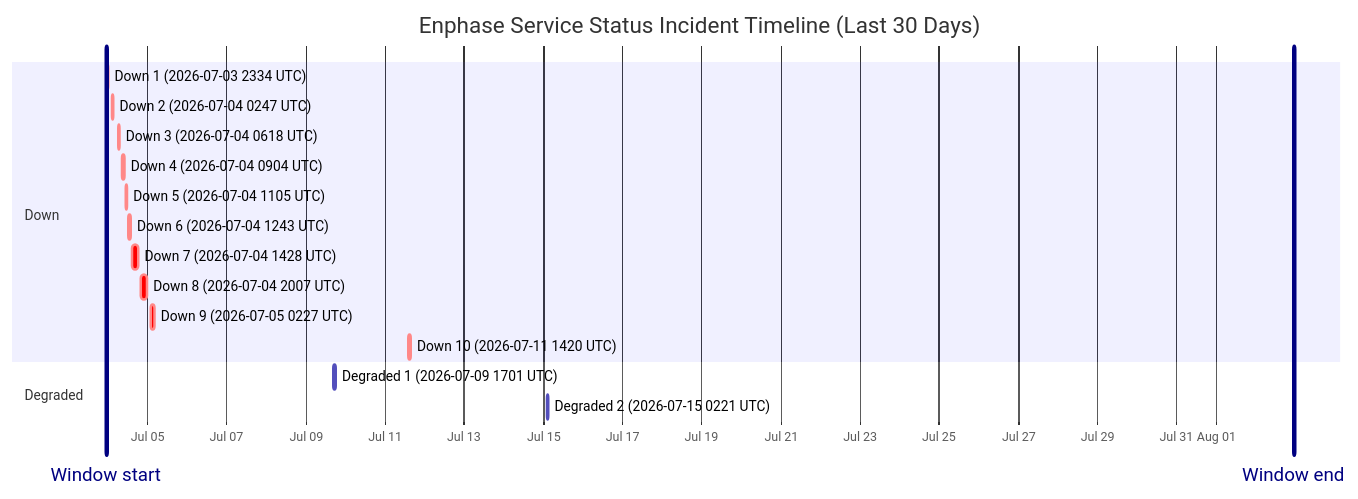
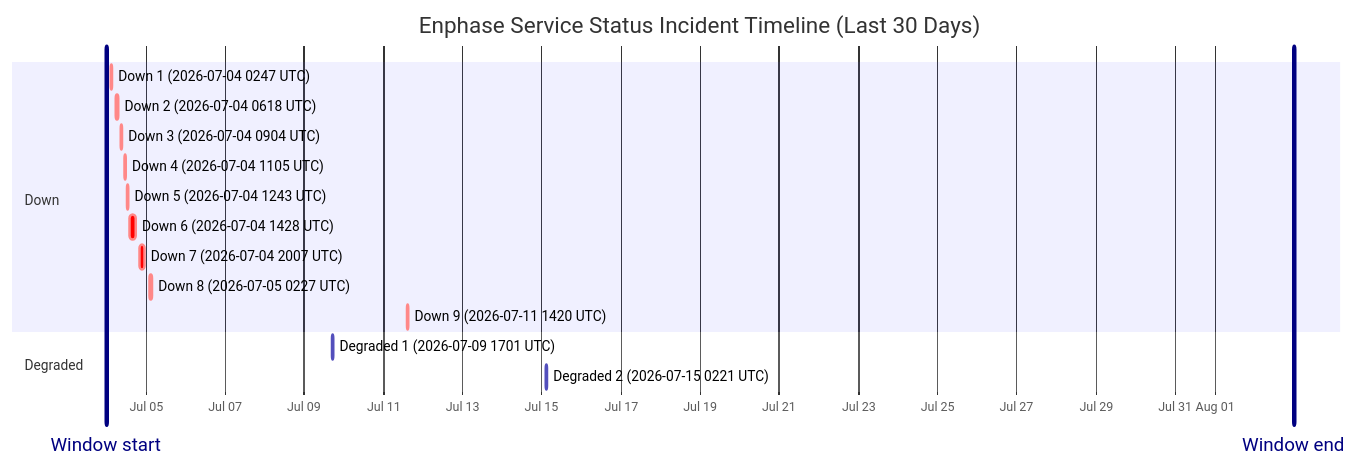
The diagram in wiki/Service-Status-History.md (barneyonline/ha-enphase-energy), drawn with Mermaid before and after one commit. The commit also changed other lines of this file and 3 other files, not shown here.

````diff
--- a/wiki/Service-Status-History.md
+++ b/wiki/Service-Status-History.md
@@ -14,22 +14,21 @@
 ```mermaid
 gantt
     title Enphase Service Status Incident Timeline (Last 30 Days)
     dateFormat  YYYY-MM-DDTHH:mm:ss
     axisFormat  %b %d
-    Window start :vert, window-start, 2026-07-03T22:54:36, 0ms
-    Window end :vert, window-end, 2026-08-02T22:54:36, 0ms
+    Window start :vert, window-start, 2026-07-03T23:57:31, 0ms
+    Window end :vert, window-end, 2026-08-02T23:57:31, 0ms
     section Down
-    Down 1 (2026-07-03 2334 UTC) :crit, down-1, 2026-07-03T23:34:07, 60m
-    Down 2 (2026-07-04 0247 UTC) :crit, down-2, 2026-07-04T02:47:22, 60m
-    Down 3 (2026-07-04 0618 UTC) :crit, down-3, 2026-07-04T06:18:09, 60m
-    Down 4 (2026-07-04 0904 UTC) :crit, down-4, 2026-07-04T09:04:41, 60m
-    Down 5 (2026-07-04 1105 UTC) :crit, down-5, 2026-07-04T11:05:21, 60m
-    Down 6 (2026-07-04 1243 UTC) :crit, down-6, 2026-07-04T12:43:25, 60m
-    Down 7 (2026-07-04 1428 UTC) :crit, down-7, 2026-07-04T14:28:07, 243m
-    Down 8 (2026-07-04 2007 UTC) :crit, down-8, 2026-07-04T20:07:50, 206m
-    Down 9 (2026-07-05 0227 UTC) :crit, down-9, 2026-07-05T02:27:32, 109m
-    Down 10 (2026-07-11 1420 UTC) :crit, down-10, 2026-07-11T14:20:54, 69m
+    Down 1 (2026-07-04 0247 UTC) :crit, down-1, 2026-07-04T02:47:22, 60m
+    Down 2 (2026-07-04 0618 UTC) :crit, down-2, 2026-07-04T06:18:09, 60m
+    Down 3 (2026-07-04 0904 UTC) :crit, down-3, 2026-07-04T09:04:41, 60m
+    Down 4 (2026-07-04 1105 UTC) :crit, down-4, 2026-07-04T11:05:21, 60m
+    Down 5 (2026-07-04 1243 UTC) :crit, down-5, 2026-07-04T12:43:25, 60m
+    Down 6 (2026-07-04 1428 UTC) :crit, down-6, 2026-07-04T14:28:07, 243m
+    Down 7 (2026-07-04 2007 UTC) :crit, down-7, 2026-07-04T20:07:50, 206m
+    Down 8 (2026-07-05 0227 UTC) :crit, down-8, 2026-07-05T02:27:32, 109m
+    Down 9 (2026-07-11 1420 UTC) :crit, down-9, 2026-07-11T14:20:54, 69m
     section Degraded
     Degraded 1 (2026-07-09 1701 UTC) :active, degraded-1, 2026-07-09T17:01:02, 60m
     Degraded 2 (2026-07-15 0221 UTC) :active, degraded-2, 2026-07-15T02:21:35, 60m
 ```
````
